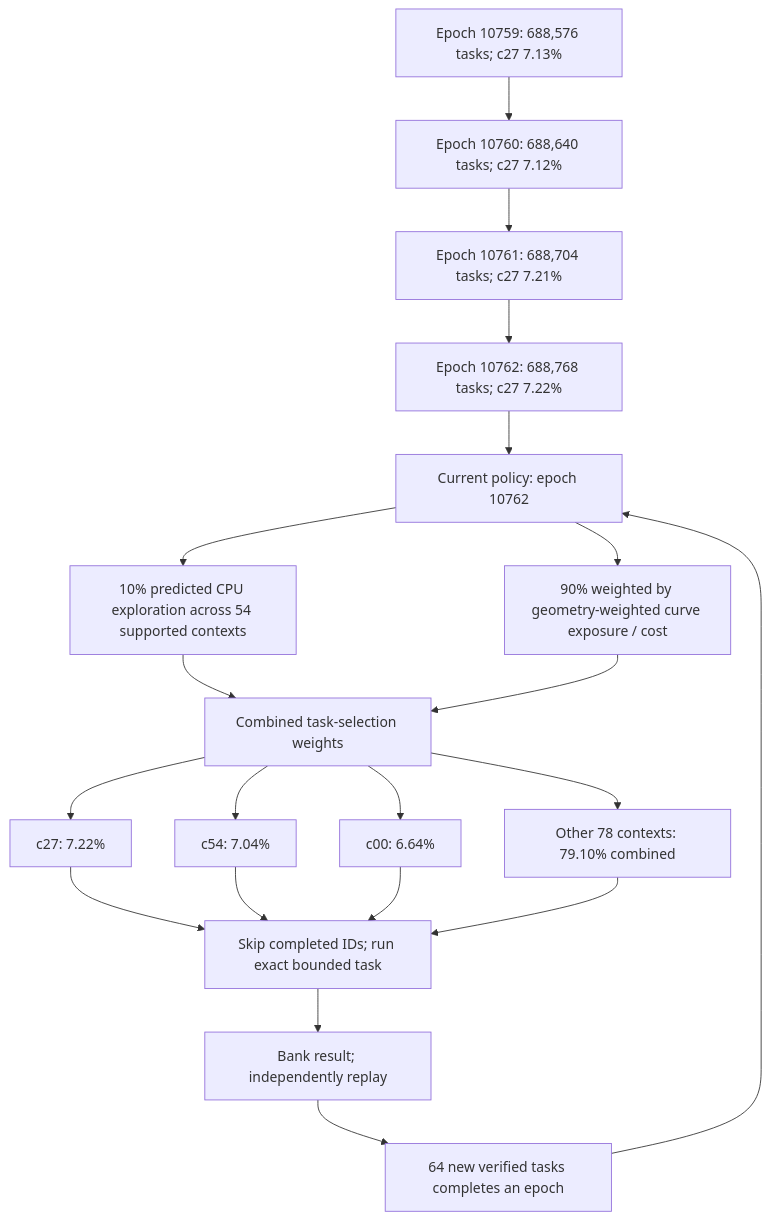
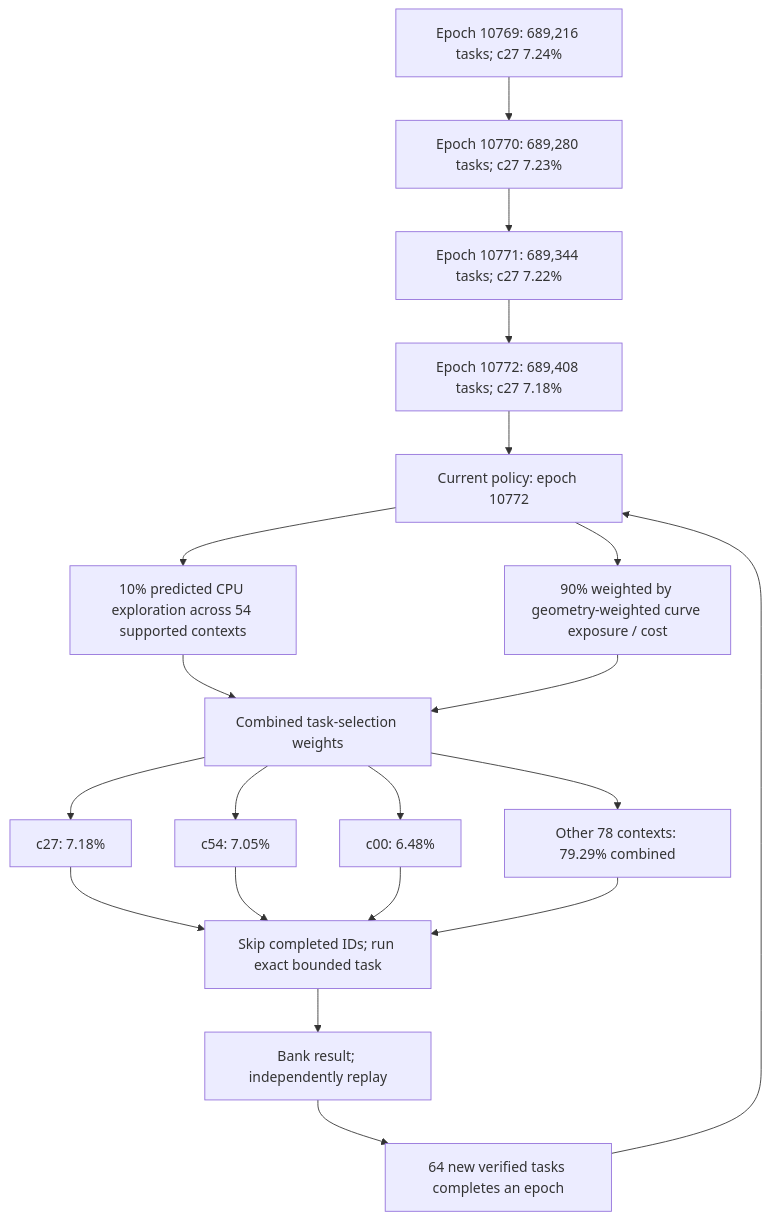
The first of 4 diagrams in README.md (Kuberwastaken/math-gambling), drawn with Mermaid before and after one commit. The commit also changed other lines of this file and 1808 other files, not shown here.

````diff
--- a/README.md
+++ b/README.md
@@ -60,27 +60,27 @@
 ```mermaid
 flowchart TD
-    H0["Epoch 10759: 688,576 tasks; c27 7.13%"]
-    H1["Epoch 10760: 688,640 tasks; c27 7.12%"]
+    H0["Epoch 10769: 689,216 tasks; c27 7.24%"]
+    H1["Epoch 10770: 689,280 tasks; c27 7.23%"]
     H0 --> H1
-    H2["Epoch 10761: 688,704 tasks; c27 7.21%"]
+    H2["Epoch 10771: 689,344 tasks; c27 7.22%"]
     H1 --> H2
-    H3["Epoch 10762: 688,768 tasks; c27 7.22%"]
+    H3["Epoch 10772: 689,408 tasks; c27 7.18%"]
     H2 --> H3
-    Policy["Current policy: epoch 10762"]
+    Policy["Current policy: epoch 10772"]
     H3 --> Policy
     Policy --> Explore["10% predicted CPU exploration across 54 supported contexts"]
     Policy --> Cost["90% weighted by geometry-weighted curve exposure / cost"]
     Explore --> Mix["Combined task-selection weights"]
     Cost --> Mix
-    Mix --> C0["c27: 7.22%"]
-    Mix --> C1["c54: 7.04%"]
-    Mix --> C2["c00: 6.64%"]
-    Mix --> Rest["Other 78 contexts: 79.10% combined"]
+    Mix --> C0["c27: 7.18%"]
+    Mix --> C1["c54: 7.05%"]
+    Mix --> C2["c00: 6.48%"]
+    Mix --> Rest["Other 78 contexts: 79.29% combined"]
     C0 --> Check["Skip completed IDs; run exact bounded task"]
     C1 --> Check
     C2 --> Check
     Rest --> Check
     Check --> Replay["Bank result; independently replay"]
     Replay --> Gate["64 new verified tasks completes an epoch"]
     Gate --> Policy
 ```
````
